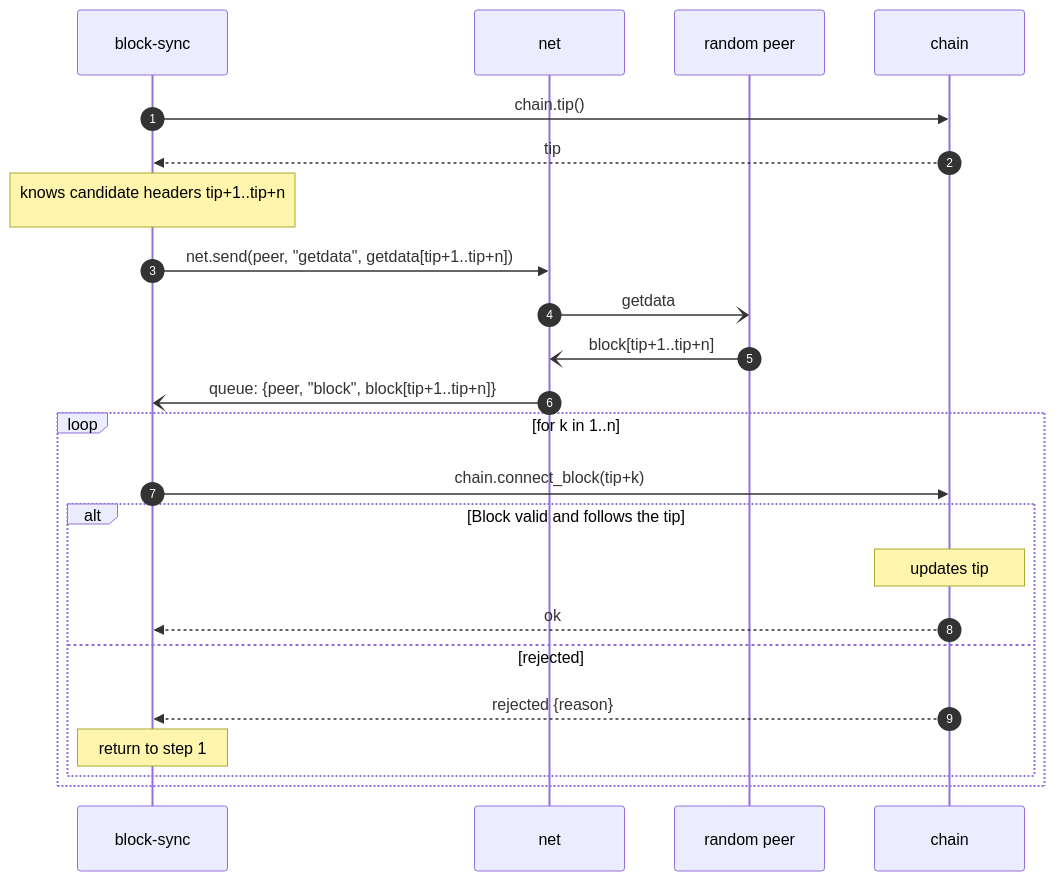
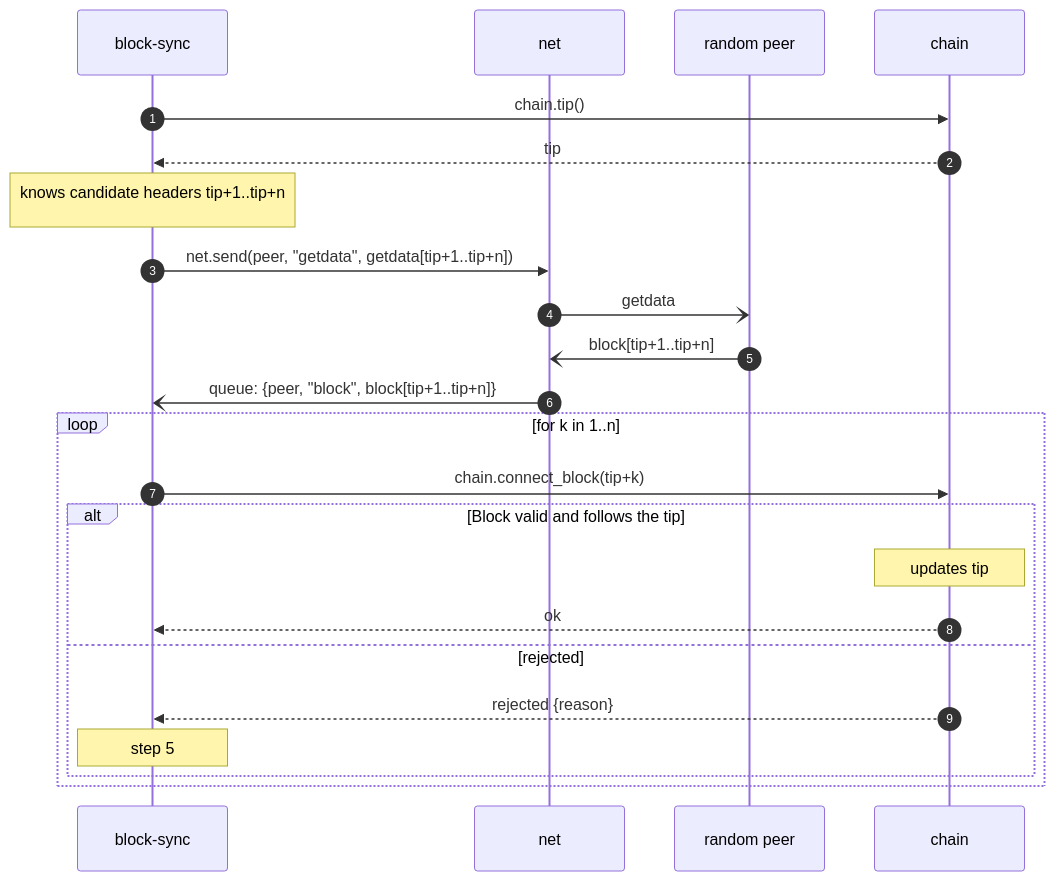
The second of 2 diagrams in docs/flows/mode-ibd.md (RustBTCD/btcd), drawn with Mermaid before and after one commit. The commit also changed other lines of this file and 10 other files, not shown here.

````diff
--- a/docs/flows/mode-ibd.md
+++ b/docs/flows/mode-ibd.md
@@ -58,25 +64,25 @@
 ```mermaid
 sequenceDiagram
     autonumber
     participant BS as block-sync
     participant N as net
     participant P as random peer
     participant C as chain
     BS ->> C: chain.tip()
     C -->> BS: tip
     Note over BS: knows candidate headers tip+1..tip+n<br/>
     BS ->> N: net.send(peer, "getdata", getdata[tip+1..tip+n])
     N -) P: getdata
     P -) N: block[tip+1..tip+n]
     N -) BS: queue: {peer, "block", block[tip+1..tip+n]}
     loop for k in 1..n
         BS ->> C: chain.connect_block(tip+k)
         alt Block valid and follows the tip
             Note over C: updates tip
             C -->> BS: ok
         else rejected
             C -->> BS: rejected {reason}
-            Note over BS: return to step 1
+            Note over BS: step 5
         end
     end
 ```
````
